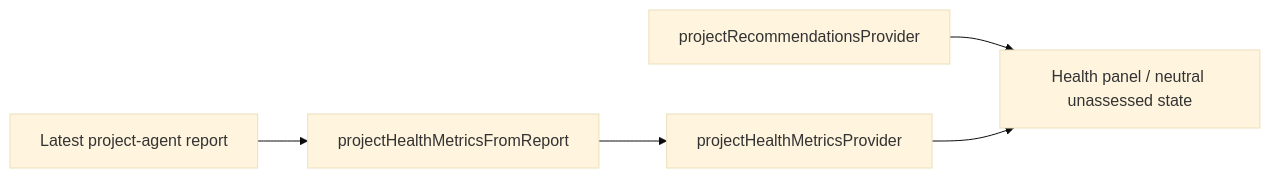
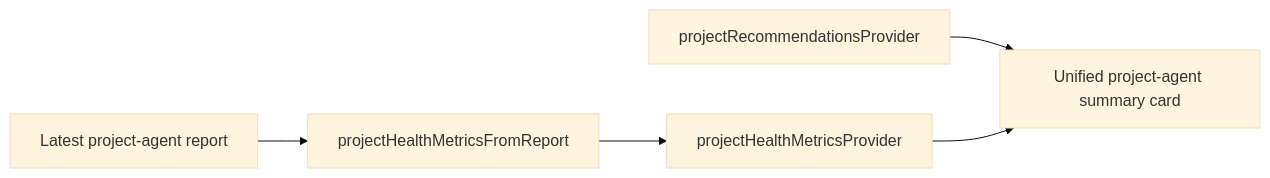
Before and after one commit to matthiasn/lotti: the fourth of 5 diagrams in knowledge/features/projects.md, drawn with Mermaid (base theme). The commit also changed other lines of this file and 30 other files, not shown here.

````diff
--- a/knowledge/features/projects.md
+++ b/knowledge/features/projects.md
@@ -284,7 +292,7 @@
 ```mermaid
 flowchart LR
   Report["Latest project-agent report"] --> Metrics["projectHealthMetricsFromReport"]
   Metrics --> HealthProv["projectHealthMetricsProvider"]
   Recos["projectRecommendationsProvider"] --> UI
-  HealthProv --> UI["Health panel / neutral unassessed state"]
+  HealthProv --> UI["Unified project-agent summary card"]
 ```
````
